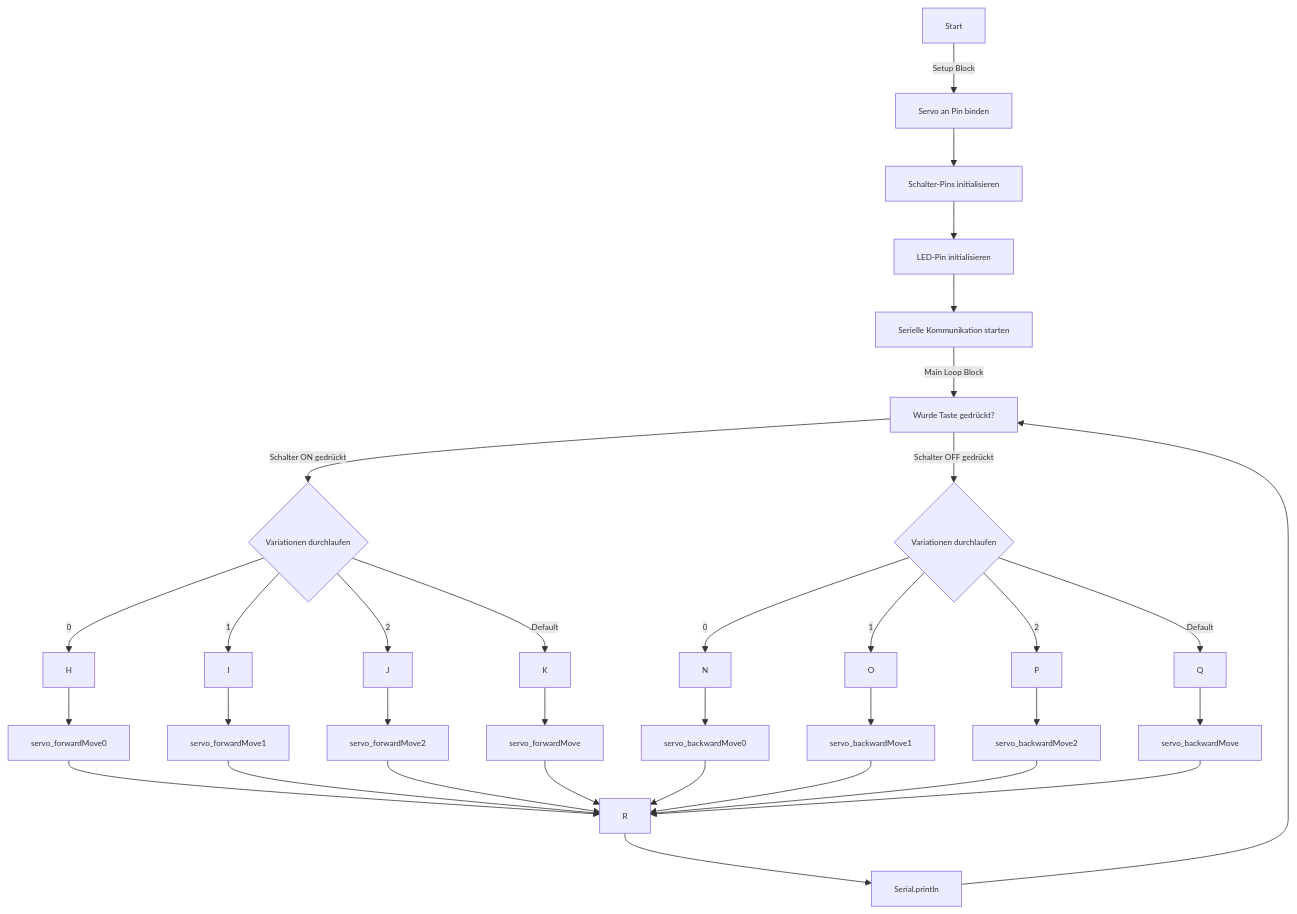
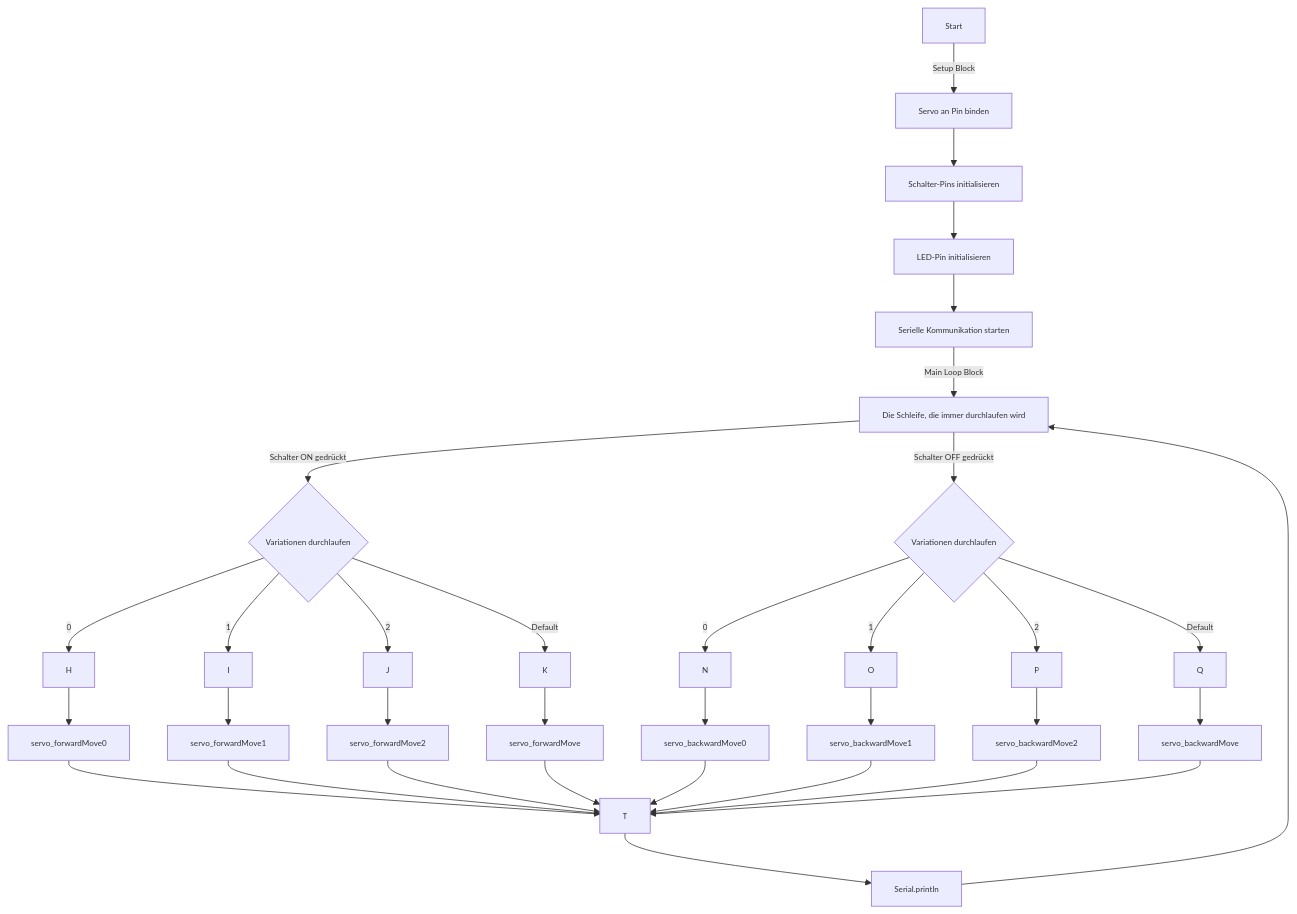
One commit to brendlers/uselessBox changed the first of 2 diagrams in README.md. Above: the diagram before and after it, drawn with Mermaid. The commit also changed other lines of this file and 3 other files, not shown here.

````diff
--- a/README.md
+++ b/README.md
@@ -97,36 +97,36 @@
 ```mermaid
 graph TD;
 %%{init: {"themeVariables": {"fontSize": "8pt"}}}%%
 
     A[Start] -->|Setup Block| B[Servo an Pin binden];
     B --> C[Schalter-Pins initialisieren];
     C --> D[LED-Pin initialisieren];
     D --> E[Serielle Kommunikation starten];
-    E --> |Main Loop Block| F[Wurde Taste gedrückt?];
+    E --> |Main Loop Block| F[Die Schleife, die immer durchlaufen wird];
     
     F -->|Schalter ON gedrückt| G{Variationen durchlaufen};
     G -->|0| H-->servo_forwardMove0;
     G -->|1| I-->servo_forwardMove1;
     G -->|2| J-->servo_forwardMove2;
     G -->|Default| K-->servo_forwardMove;
 
     
     F -->|Schalter OFF gedrückt| M{Variationen durchlaufen};
     M -->|0| N-->servo_backwardMove0;
     M -->|1| O-->servo_backwardMove1;
     M -->|2| P-->servo_backwardMove2;
     M -->|Default| Q-->servo_backwardMove;
 
-	servo_forwardMove0 --> R;
-	servo_forwardMove1 --> R;
-	servo_forwardMove2 --> R;
-    servo_forwardMove --> R;
+	servo_forwardMove0 --> T;
+	servo_forwardMove1 --> T;
+	servo_forwardMove2 --> T;
+    servo_forwardMove --> T;
 
-	servo_backwardMove0 --> R;
-	servo_backwardMove1 --> R;
-	servo_backwardMove2 --> R;
-	servo_backwardMove --> R;
+	servo_backwardMove0 --> T;
+	servo_backwardMove1 --> T;
+	servo_backwardMove2 --> T;
+	servo_backwardMove --> T;
 	
-	R --> L[Serial.println];
+	T --> L[Serial.println];
 	L --> F
 ```
````
